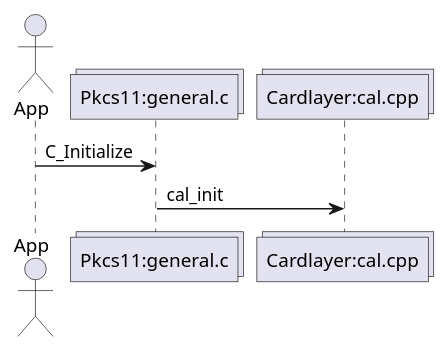
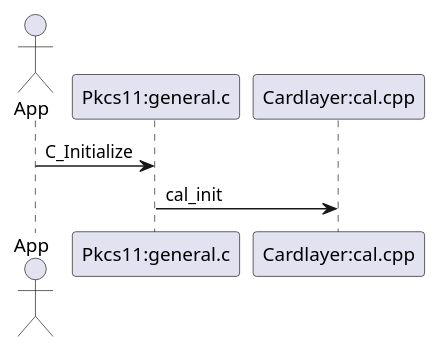
One commit to Fedict/eid-mw changed the diagram in cardcomm/pkcs11/src/cardlayer/uml/C_Initialize.puml. Above: the diagram before and after it, drawn with PlantUML.

Commit message:
Be more backwards compatible

```diff
--- a/cardcomm/pkcs11/src/cardlayer/uml/C_Initialize.puml
+++ b/cardcomm/pkcs11/src/cardlayer/uml/C_Initialize.puml
@@ -1,9 +1,9 @@
 @startuml
 actor App
-collections "Pkcs11:general.c" as gen
-collections "Cardlayer:cal.cpp" as cal
+participant "Pkcs11:general.c" as gen
+participant "Cardlayer:cal.cpp" as cal
 
 App -> gen: C_Initialize
 gen -> cal: cal_init
 
 @enduml
```
